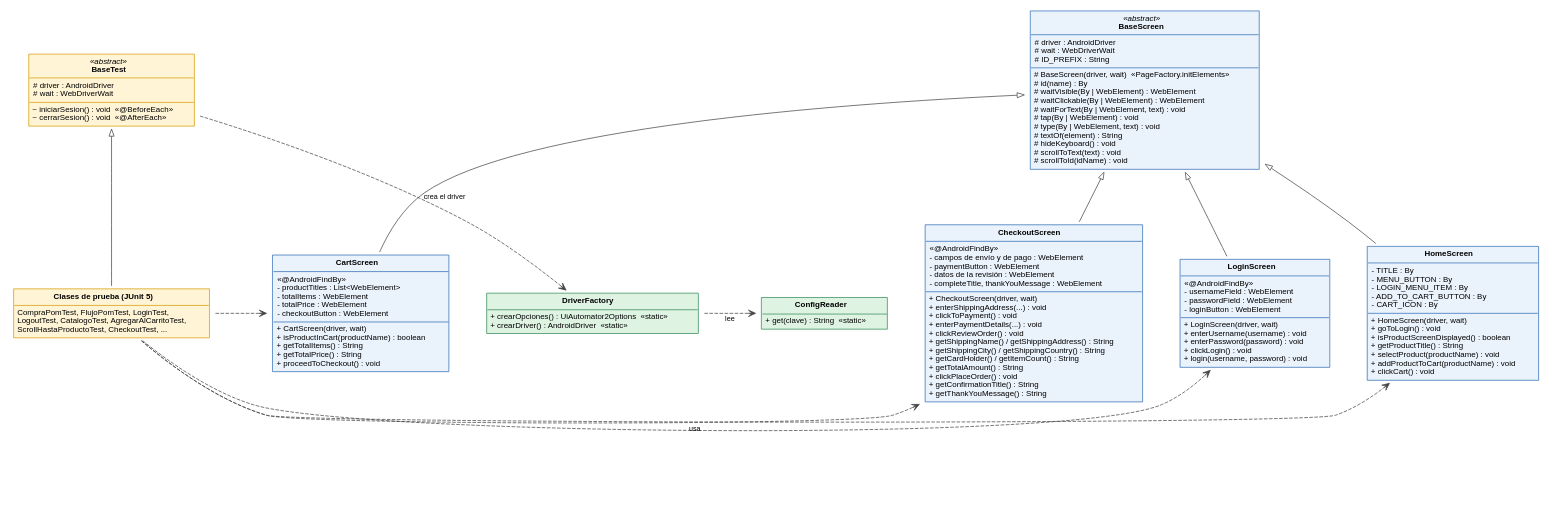
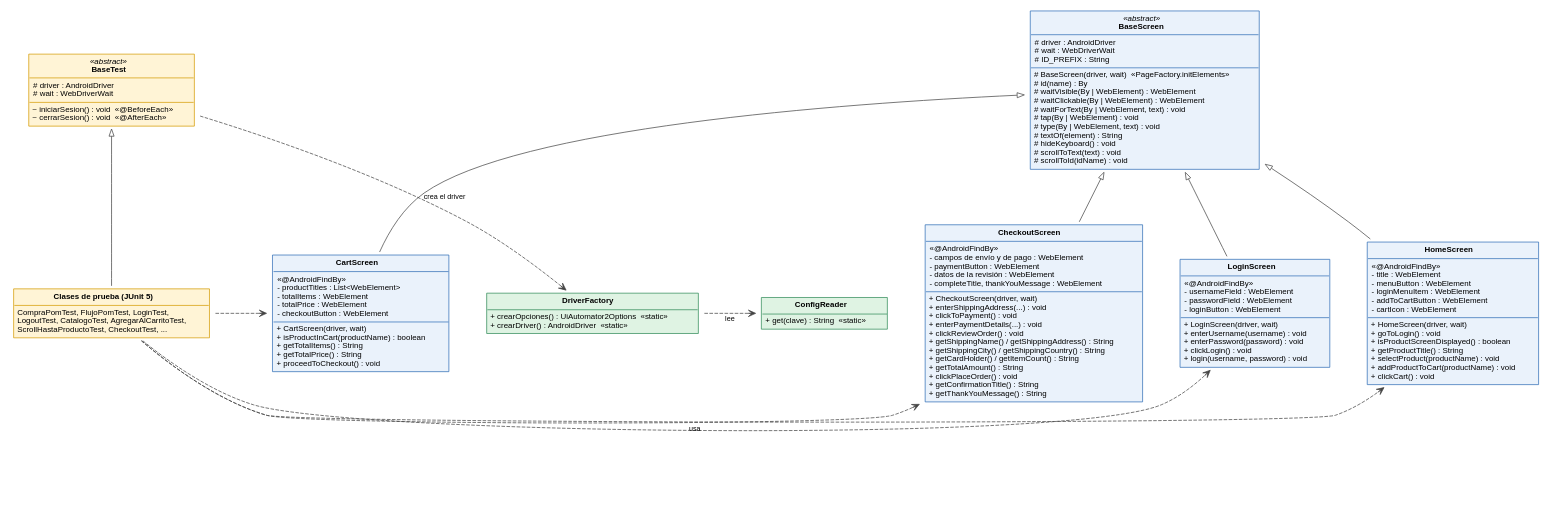
The diagram in docs/diagrama-clases-pom.dot (tinchoel/appium-mobile-automation), drawn with Graphviz before and after one commit. The commit also changed 5 other files, not shown here.

```diff
--- a/docs/diagrama-clases-pom.dot
+++ b/docs/diagrama-clases-pom.dot
@@ -1,78 +1,78 @@
 digraph UML {
   rankdir=BT; bgcolor="white"; nodesep=0.5; ranksep=0.8; splines=true;
   node [shape=plaintext, fontname="Helvetica", fontsize=11];
   edge [fontname="Helvetica", fontsize=10, color="#444444"];
 
   BaseScreen [label=<
     <TABLE BORDER="1" CELLBORDER="0" CELLSPACING="0" CELLPADDING="4" BGCOLOR="#EAF2FB" COLOR="#2F6DB5">
       <TR><TD ALIGN="CENTER" BORDER="1" SIDES="B"><I>«abstract»</I><BR/><B>BaseScreen</B></TD></TR>
       <TR><TD ALIGN="LEFT" BORDER="1" SIDES="B"># driver : AndroidDriver<BR ALIGN="LEFT"/># wait : WebDriverWait<BR ALIGN="LEFT"/># ID_PREFIX : String<BR ALIGN="LEFT"/></TD></TR>
       <TR><TD ALIGN="LEFT"># BaseScreen(driver, wait)  «PageFactory.initElements»<BR ALIGN="LEFT"/># id(name) : By<BR ALIGN="LEFT"/># waitVisible(By | WebElement) : WebElement<BR ALIGN="LEFT"/># waitClickable(By | WebElement) : WebElement<BR ALIGN="LEFT"/># waitForText(By | WebElement, text) : void<BR ALIGN="LEFT"/># tap(By | WebElement) : void<BR ALIGN="LEFT"/># type(By | WebElement, text) : void<BR ALIGN="LEFT"/># textOf(element) : String<BR ALIGN="LEFT"/># hideKeyboard() : void<BR ALIGN="LEFT"/># scrollToText(text) : void<BR ALIGN="LEFT"/># scrollToId(idName) : void<BR ALIGN="LEFT"/></TD></TR>
     </TABLE>>];
 
   LoginScreen [label=<
     <TABLE BORDER="1" CELLBORDER="0" CELLSPACING="0" CELLPADDING="4" BGCOLOR="#EAF2FB" COLOR="#2F6DB5">
       <TR><TD ALIGN="CENTER" BORDER="1" SIDES="B"><B>LoginScreen</B></TD></TR>
       <TR><TD ALIGN="LEFT" BORDER="1" SIDES="B">«@AndroidFindBy»<BR ALIGN="LEFT"/>- usernameField : WebElement<BR ALIGN="LEFT"/>- passwordField : WebElement<BR ALIGN="LEFT"/>- loginButton : WebElement<BR ALIGN="LEFT"/></TD></TR>
       <TR><TD ALIGN="LEFT">+ LoginScreen(driver, wait)<BR ALIGN="LEFT"/>+ enterUsername(username) : void<BR ALIGN="LEFT"/>+ enterPassword(password) : void<BR ALIGN="LEFT"/>+ clickLogin() : void<BR ALIGN="LEFT"/>+ login(username, password) : void<BR ALIGN="LEFT"/></TD></TR>
     </TABLE>>];
 
   HomeScreen [label=<
     <TABLE BORDER="1" CELLBORDER="0" CELLSPACING="0" CELLPADDING="4" BGCOLOR="#EAF2FB" COLOR="#2F6DB5">
       <TR><TD ALIGN="CENTER" BORDER="1" SIDES="B"><B>HomeScreen</B></TD></TR>
-      <TR><TD ALIGN="LEFT" BORDER="1" SIDES="B">- TITLE : By<BR ALIGN="LEFT"/>- MENU_BUTTON : By<BR ALIGN="LEFT"/>- LOGIN_MENU_ITEM : By<BR ALIGN="LEFT"/>- ADD_TO_CART_BUTTON : By<BR ALIGN="LEFT"/>- CART_ICON : By<BR ALIGN="LEFT"/></TD></TR>
+      <TR><TD ALIGN="LEFT" BORDER="1" SIDES="B">«@AndroidFindBy»<BR ALIGN="LEFT"/>- title : WebElement<BR ALIGN="LEFT"/>- menuButton : WebElement<BR ALIGN="LEFT"/>- loginMenuItem : WebElement<BR ALIGN="LEFT"/>- addToCartButton : WebElement<BR ALIGN="LEFT"/>- cartIcon : WebElement<BR ALIGN="LEFT"/></TD></TR>
       <TR><TD ALIGN="LEFT">+ HomeScreen(driver, wait)<BR ALIGN="LEFT"/>+ goToLogin() : void<BR ALIGN="LEFT"/>+ isProductScreenDisplayed() : boolean<BR ALIGN="LEFT"/>+ getProductTitle() : String<BR ALIGN="LEFT"/>+ selectProduct(productName) : void<BR ALIGN="LEFT"/>+ addProductToCart(productName) : void<BR ALIGN="LEFT"/>+ clickCart() : void<BR ALIGN="LEFT"/></TD></TR>
     </TABLE>>];
 
   CartScreen [label=<
     <TABLE BORDER="1" CELLBORDER="0" CELLSPACING="0" CELLPADDING="4" BGCOLOR="#EAF2FB" COLOR="#2F6DB5">
       <TR><TD ALIGN="CENTER" BORDER="1" SIDES="B"><B>CartScreen</B></TD></TR>
       <TR><TD ALIGN="LEFT" BORDER="1" SIDES="B">«@AndroidFindBy»<BR ALIGN="LEFT"/>- productTitles : List&lt;WebElement&gt;<BR ALIGN="LEFT"/>- totalItems : WebElement<BR ALIGN="LEFT"/>- totalPrice : WebElement<BR ALIGN="LEFT"/>- checkoutButton : WebElement<BR ALIGN="LEFT"/></TD></TR>
       <TR><TD ALIGN="LEFT">+ CartScreen(driver, wait)<BR ALIGN="LEFT"/>+ isProductInCart(productName) : boolean<BR ALIGN="LEFT"/>+ getTotalItems() : String<BR ALIGN="LEFT"/>+ getTotalPrice() : String<BR ALIGN="LEFT"/>+ proceedToCheckout() : void<BR ALIGN="LEFT"/></TD></TR>
     </TABLE>>];
 
   CheckoutScreen [label=<
     <TABLE BORDER="1" CELLBORDER="0" CELLSPACING="0" CELLPADDING="4" BGCOLOR="#EAF2FB" COLOR="#2F6DB5">
       <TR><TD ALIGN="CENTER" BORDER="1" SIDES="B"><B>CheckoutScreen</B></TD></TR>
       <TR><TD ALIGN="LEFT" BORDER="1" SIDES="B">«@AndroidFindBy»<BR ALIGN="LEFT"/>- campos de envío y de pago : WebElement<BR ALIGN="LEFT"/>- paymentButton : WebElement<BR ALIGN="LEFT"/>- datos de la revisión : WebElement<BR ALIGN="LEFT"/>- completeTitle, thankYouMessage : WebElement<BR ALIGN="LEFT"/></TD></TR>
       <TR><TD ALIGN="LEFT">+ CheckoutScreen(driver, wait)<BR ALIGN="LEFT"/>+ enterShippingAddress(...) : void<BR ALIGN="LEFT"/>+ clickToPayment() : void<BR ALIGN="LEFT"/>+ enterPaymentDetails(...) : void<BR ALIGN="LEFT"/>+ clickReviewOrder() : void<BR ALIGN="LEFT"/>+ getShippingName() / getShippingAddress() : String<BR ALIGN="LEFT"/>+ getShippingCity() / getShippingCountry() : String<BR ALIGN="LEFT"/>+ getCardHolder() / getItemCount() : String<BR ALIGN="LEFT"/>+ getTotalAmount() : String<BR ALIGN="LEFT"/>+ clickPlaceOrder() : void<BR ALIGN="LEFT"/>+ getConfirmationTitle() : String<BR ALIGN="LEFT"/>+ getThankYouMessage() : String<BR ALIGN="LEFT"/></TD></TR>
     </TABLE>>];
 
   BaseTest [label=<
     <TABLE BORDER="1" CELLBORDER="0" CELLSPACING="0" CELLPADDING="4" BGCOLOR="#FFF4D6" COLOR="#D49A00">
       <TR><TD ALIGN="CENTER" BORDER="1" SIDES="B"><I>«abstract»</I><BR/><B>BaseTest</B></TD></TR>
       <TR><TD ALIGN="LEFT" BORDER="1" SIDES="B"># driver : AndroidDriver<BR ALIGN="LEFT"/># wait : WebDriverWait<BR ALIGN="LEFT"/></TD></TR>
       <TR><TD ALIGN="LEFT">~ iniciarSesion() : void  «@BeforeEach»<BR ALIGN="LEFT"/>~ cerrarSesion() : void  «@AfterEach»<BR ALIGN="LEFT"/></TD></TR>
     </TABLE>>];
 
   Tests [label=<
     <TABLE BORDER="1" CELLBORDER="0" CELLSPACING="0" CELLPADDING="4" BGCOLOR="#FFF4D6" COLOR="#D49A00">
       <TR><TD ALIGN="CENTER" BORDER="1" SIDES="B"><B>Clases de prueba (JUnit 5)</B></TD></TR>
       <TR><TD ALIGN="LEFT">CompraPomTest, FlujoPomTest, LoginTest,<BR ALIGN="LEFT"/>LogoutTest, CatalogoTest, AgregarAlCarritoTest,<BR ALIGN="LEFT"/>ScrollHastaProductoTest, CheckoutTest, ...<BR ALIGN="LEFT"/></TD></TR>
     </TABLE>>];
 
   DriverFactory [label=<
     <TABLE BORDER="1" CELLBORDER="0" CELLSPACING="0" CELLPADDING="4" BGCOLOR="#DFF3E3" COLOR="#2E8B57">
       <TR><TD ALIGN="CENTER" BORDER="1" SIDES="B"><B>DriverFactory</B></TD></TR>
       <TR><TD ALIGN="LEFT">+ crearOpciones() : UiAutomator2Options  «static»<BR ALIGN="LEFT"/>+ crearDriver() : AndroidDriver  «static»<BR ALIGN="LEFT"/></TD></TR>
     </TABLE>>];
 
   ConfigReader [label=<
     <TABLE BORDER="1" CELLBORDER="0" CELLSPACING="0" CELLPADDING="4" BGCOLOR="#DFF3E3" COLOR="#2E8B57">
       <TR><TD ALIGN="CENTER" BORDER="1" SIDES="B"><B>ConfigReader</B></TD></TR>
       <TR><TD ALIGN="LEFT">+ get(clave) : String  «static»<BR ALIGN="LEFT"/></TD></TR>
     </TABLE>>];
 
   LoginScreen -> BaseScreen [arrowhead=empty];
   HomeScreen -> BaseScreen [arrowhead=empty];
   CartScreen -> BaseScreen [arrowhead=empty];
   CheckoutScreen -> BaseScreen [arrowhead=empty];
   Tests -> BaseTest [arrowhead=empty];
 
   Tests -> LoginScreen [style=dashed, arrowhead=vee, label="usa", constraint=false];
   Tests -> HomeScreen [style=dashed, arrowhead=vee, constraint=false];
   Tests -> CartScreen [style=dashed, arrowhead=vee, constraint=false];
   Tests -> CheckoutScreen [style=dashed, arrowhead=vee, constraint=false];
   BaseTest -> DriverFactory [style=dashed, arrowhead=vee, label="crea el driver", constraint=false];
   DriverFactory -> ConfigReader [style=dashed, arrowhead=vee, label="lee", constraint=false];
 }
```
